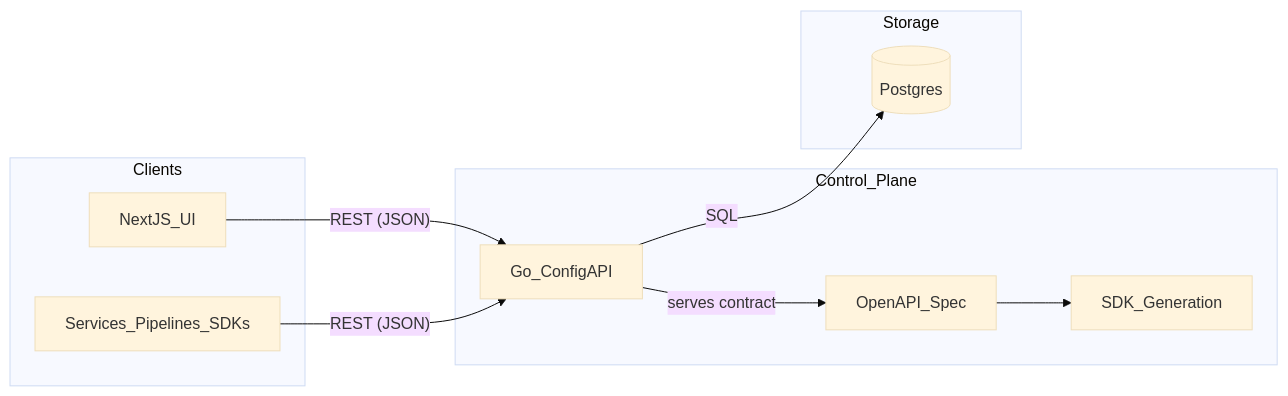
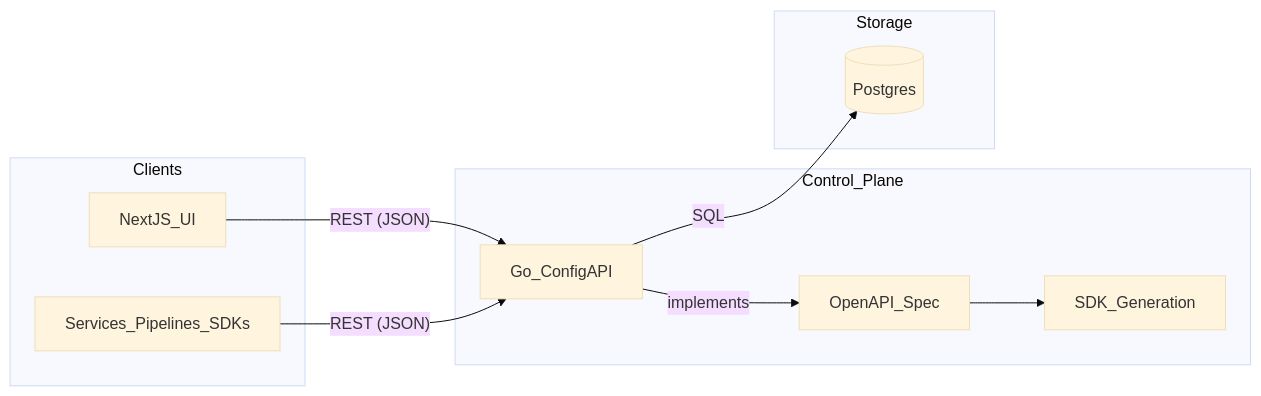
The first of 4 diagrams in docs/architecture.md (arverma/config-manager), drawn with Mermaid (base theme) before and after one commit. The commit also changed other lines of this file, not shown here.

````diff
--- a/docs/architecture.md
+++ b/docs/architecture.md
@@ -19,24 +20,24 @@
 ```mermaid
 flowchart LR
   subgraph clients [Clients]
     BrowserUI[NextJS_UI]
     Services[Services_Pipelines_SDKs]
   end
 
   subgraph controlPlane [Control_Plane]
     ApiService[Go_ConfigAPI]
     OpenAPI[OpenAPI_Spec]
     SdkGen[SDK_Generation]
   end
 
   subgraph storage [Storage]
     Postgres[(Postgres)]
   end
 
   BrowserUI -->|"REST (JSON)"| ApiService
   Services -->|"REST (JSON)"| ApiService
   ApiService -->|"SQL"| Postgres
 
   OpenAPI --> SdkGen
-  ApiService -->|"serves contract"| OpenAPI
+  ApiService -->|"implements"| OpenAPI
 ```
````
